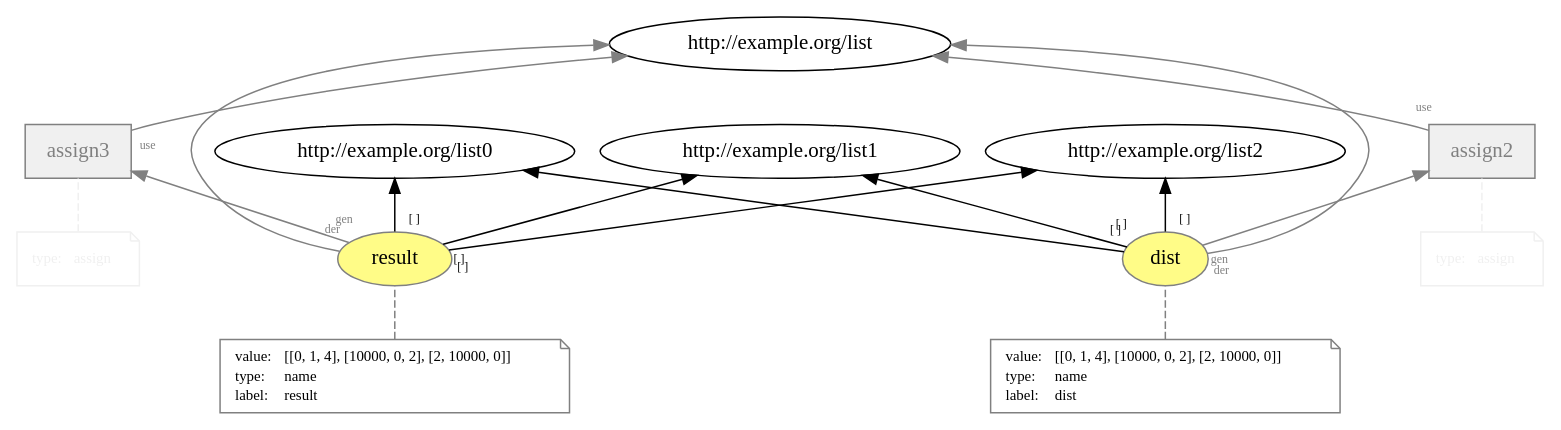
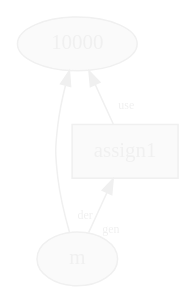
Before and after one commit to dew-uff/versioned-prov: the diagram in images/plain_prov/temp/L2__assign.dot, drawn with Graphviz. The commit also changed 834 other files, not shown here.

```diff
--- a/images/plain_prov/temp/L2__assign.dot
+++ b/images/plain_prov/temp/L2__assign.dot
@@ -1,62 +1,8 @@
 digraph "PROV" { size="16,12"; rankdir="BT";
-"http://example.org/dist" [fillcolor="#FFFC87",color="#808080",style="filled",label="dist",URL="http://example.org/dist"]
-"-attrs0" [color="gray",shape="note",fontsize="10",fontcolor="black",label=<<TABLE cellpadding="0" border="0">
-	<TR>
-	    <TD align="left">value:</TD>
-	    <TD align="left">[[0, 1, 4], [10000, 0, 2], [2, 10000, 0]]</TD>
-	</TR>
-	<TR>
-	    <TD align="left">type:</TD>
-	    <TD align="left">name</TD>
-	</TR>
-	<TR>
-	    <TD align="left">label:</TD>
-	    <TD align="left">dist</TD>
-	</TR>
-</TABLE>>]
-"-attrs0" -> "http://example.org/dist" [color="gray",style="dashed",arrowhead="none"]
-"http://example.org/dist" -> "http://example.org/list0" [labelfontsize="8",labeldistance="1.5",labelangle="60.0",rotation="20",taillabel="[ ]"]
-"http://example.org/dist" -> "http://example.org/list1" [labelfontsize="8",labeldistance="1.5",labelangle="60.0",rotation="20",taillabel="[ ]"]
-"http://example.org/dist" -> "http://example.org/list2" [labelfontsize="8",labeldistance="1.5",labelangle="60.0",rotation="20",taillabel="[ ]"]
-"http://example.org/assign2" [fillcolor="#F0F0F0",color="gray",shape="polygon",sides="4",style="filled",label="assign2",URL="http://example.org/assign2",fontcolor="gray"]
-"-attrs1" [color="#F0F0F0",shape="note",fontsize="10",fontcolor="black",label=<<TABLE cellpadding="0" border="0">
-	<TR>
-	    <TD align="left"><font color="#F0F0F0">type:</font></TD>
-	    <TD align="left"><font color="#F0F0F0">assign</font></TD>
-	</TR>
-</TABLE>>]
-"-attrs1" -> "http://example.org/assign2" [color="#F0F0F0",style="dashed",arrowhead="none"]
-"http://example.org/assign2" -> "http://example.org/list" [labelfontsize="8",labeldistance="1.5",labelangle="60.0",rotation="20",taillabel="use",fontcolor="gray",color="gray"]
-"http://example.org/dist" -> "http://example.org/list" [labelfontsize="8",labeldistance="1.5",labelangle="60.0",rotation="20",taillabel="der",fontcolor="gray",color="gray"]
-"http://example.org/dist" -> "http://example.org/assign2" [labelfontsize="8",labeldistance="1.5",labelangle="60.0",rotation="20",taillabel="gen",fontcolor="gray",color="gray"]
-"http://example.org/result" [fillcolor="#FFFC87",color="#808080",style="filled",label="result",URL="http://example.org/result"]
-"-attrs2" [color="gray",shape="note",fontsize="10",fontcolor="black",label=<<TABLE cellpadding="0" border="0">
-	<TR>
-	    <TD align="left">value:</TD>
-	    <TD align="left">[[0, 1, 4], [10000, 0, 2], [2, 10000, 0]]</TD>
-	</TR>
-	<TR>
-	    <TD align="left">type:</TD>
-	    <TD align="left">name</TD>
-	</TR>
-	<TR>
-	    <TD align="left">label:</TD>
-	    <TD align="left">result</TD>
-	</TR>
-</TABLE>>]
-"-attrs2" -> "http://example.org/result" [color="gray",style="dashed",arrowhead="none"]
-"http://example.org/result" -> "http://example.org/list0" [labelfontsize="8",labeldistance="1.5",labelangle="60.0",rotation="20",taillabel="[ ]"]
-"http://example.org/result" -> "http://example.org/list1" [labelfontsize="8",labeldistance="1.5",labelangle="60.0",rotation="20",taillabel="[ ]"]
-"http://example.org/result" -> "http://example.org/list2" [labelfontsize="8",labeldistance="1.5",labelangle="60.0",rotation="20",taillabel="[ ]"]
-"http://example.org/assign3" [fillcolor="#F0F0F0",color="gray",shape="polygon",sides="4",style="filled",label="assign3",URL="http://example.org/assign3",fontcolor="gray"]
-"-attrs3" [color="#F0F0F0",shape="note",fontsize="10",fontcolor="black",label=<<TABLE cellpadding="0" border="0">
-	<TR>
-	    <TD align="left"><font color="#F0F0F0">type:</font></TD>
-	    <TD align="left"><font color="#F0F0F0">assign</font></TD>
-	</TR>
-</TABLE>>]
-"-attrs3" -> "http://example.org/assign3" [color="#F0F0F0",style="dashed",arrowhead="none"]
-"http://example.org/assign3" -> "http://example.org/list" [labelfontsize="8",labeldistance="1.5",labelangle="60.0",rotation="20",taillabel="use",fontcolor="gray",color="gray"]
-"http://example.org/result" -> "http://example.org/list" [labelfontsize="8",labeldistance="1.5",labelangle="60.0",rotation="20",taillabel="der",fontcolor="gray",color="gray"]
-"http://example.org/result" -> "http://example.org/assign3" [labelfontsize="8",labeldistance="1.5",labelangle="60.0",rotation="20",taillabel="gen",fontcolor="gray",color="gray"]
+"http://example.org/10000" [fillcolor="#FAFAFA",color="#F0F0F0",style="filled",hide="true",fontcolor="#F0F0F0",label="10000",URL="http://example.org/10000"]
+"http://example.org/m" [fillcolor="#FAFAFA",color="#F0F0F0",style="filled",hide="true",fontcolor="#F0F0F0",label="m",URL="http://example.org/m"]
+"http://example.org/assign1" [fillcolor="#FAFAFA",color="#F0F0F0",shape="polygon",sides="4",style="filled",hide="true",fontcolor="#F0F0F0",label="assign1",URL="http://example.org/assign1"]
+"http://example.org/assign1" -> "http://example.org/10000" [labelfontsize="8",labeldistance="1.5",labelangle="60.0",rotation="20",taillabel="use",hide="true",fontcolor="#F0F0F0",color="#F0F0F0"]
+"http://example.org/m" -> "http://example.org/10000" [labelfontsize="8",labeldistance="1.5",labelangle="60.0",rotation="20",taillabel="der",hide="true",fontcolor="#F0F0F0",color="#F0F0F0"]
+"http://example.org/m" -> "http://example.org/assign1" [labelfontsize="8",labeldistance="1.5",labelangle="60.0",rotation="20",taillabel="gen",hide="true",fontcolor="#F0F0F0",color="#F0F0F0"]
 }
```
